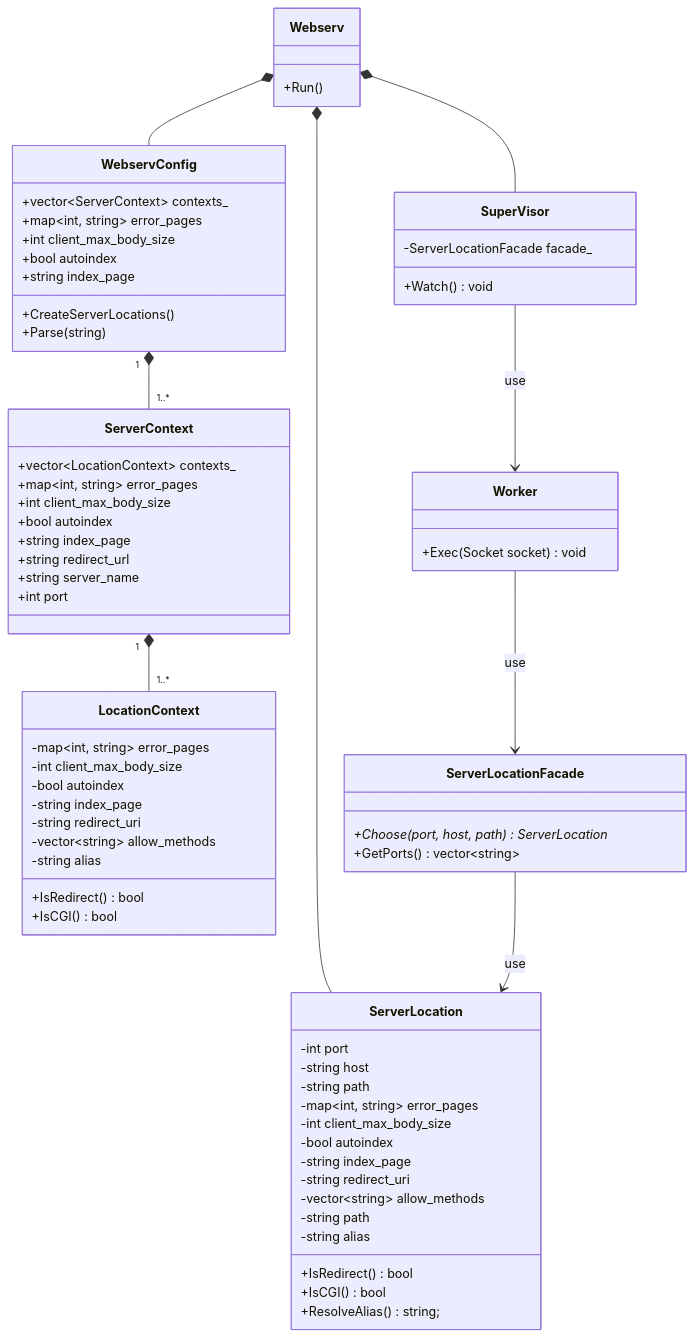
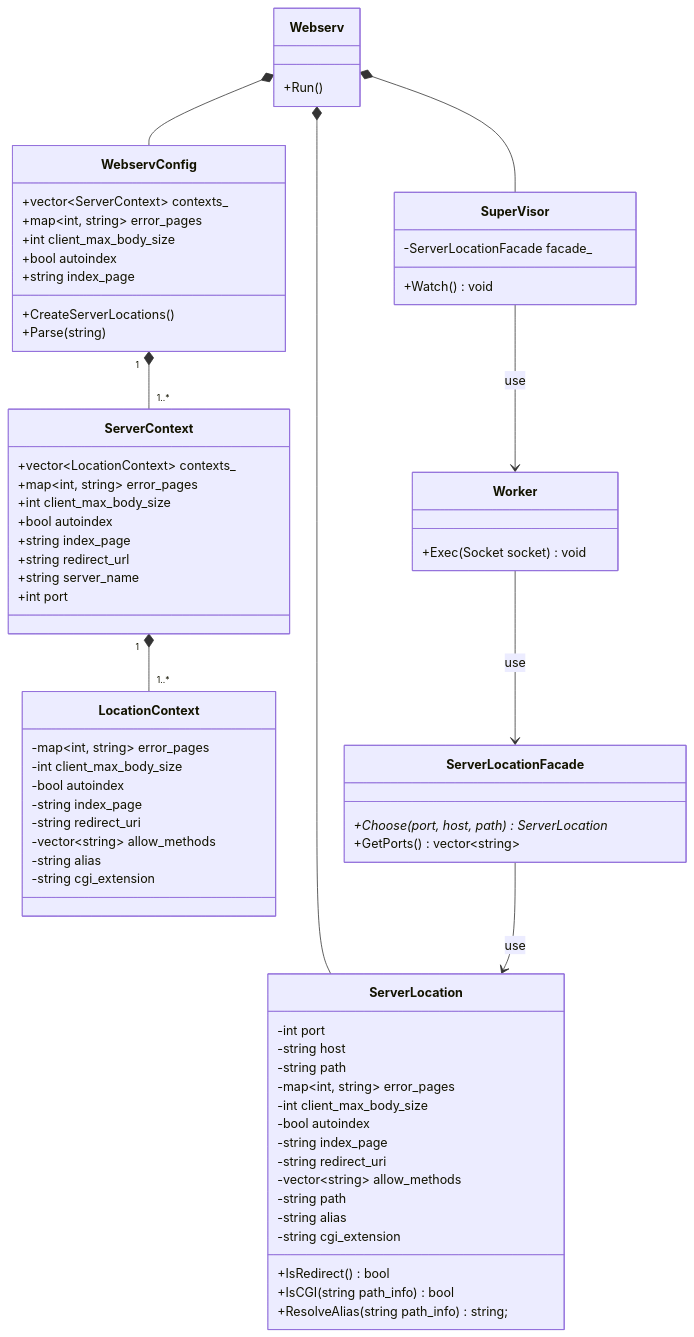
The diagram in docs/class/config_class.md (katataku/webserv), drawn with Mermaid before and after one commit. The commit also changed 2 other files, not shown here.

Commit message:
fix: CGI周りの処理を追加&Getter以外のpublicな関数を追加

````diff
--- a/docs/class/config_class.md
+++ b/docs/class/config_class.md
@@ -39,8 +39,7 @@
         -string redirect_uri
         -vector~string~ allow_methods
         -string alias
-        +IsRedirect() bool
-        +IsCGI() bool
+        -string cgi_extension
     }
 
     class Webserv {
@@ -78,8 +77,9 @@
         -vector~string~ allow_methods
         -string path
         -string alias
+        -string cgi_extension
         +IsRedirect() bool
-        +IsCGI() bool
-        +ResolveAlias() string;
+        +IsCGI(string path_info) bool
+        +ResolveAlias(string path_info) string;
     }
 ```
````
